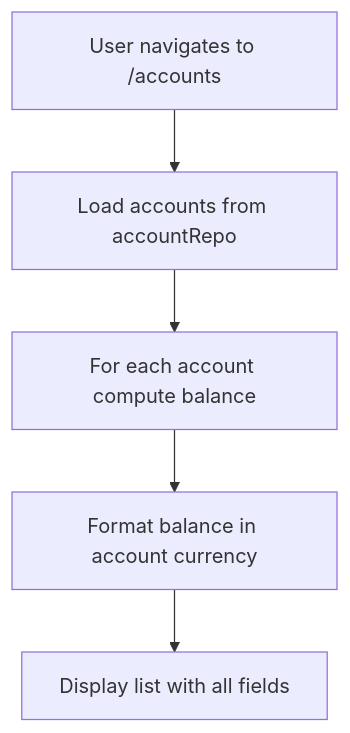
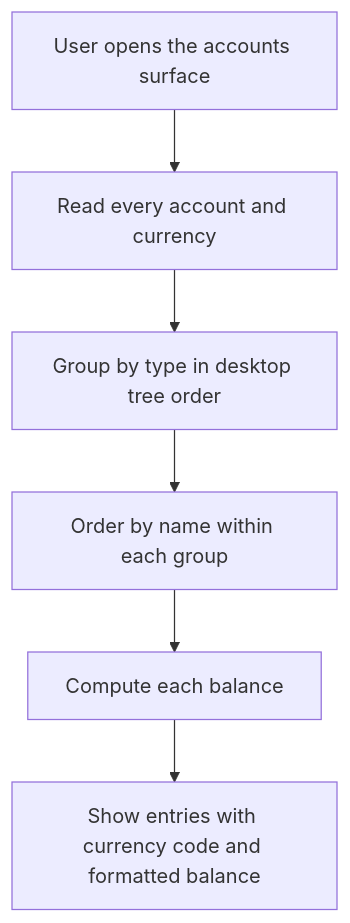
Before and after one commit to gjchentw/mmex-pwa: the first of 4 diagrams in openspec/changes/account-management-surfaces/specs/account-management/spec.md, drawn with Mermaid. The commit also changed other lines of this file and 18 other files, not shown here.

````diff
--- a/openspec/changes/account-management-surfaces/specs/account-management/spec.md
+++ b/openspec/changes/account-management-surfaces/specs/account-management/spec.md
@@ -41,7 +46,8 @@
 ```mermaid
 flowchart TD
-    A[User navigates to /accounts] --> B[Load accounts from accountRepo]
-    B --> C[For each account compute balance]
-    C --> D[Format balance in account currency]
-    D --> E[Display list with all fields]
+    A[User opens the accounts surface] --> B[Read every account and currency]
+    B --> C[Group by type in desktop tree order]
+    C --> D[Order by name within each group]
+    D --> E[Compute each balance]
+    E --> F[Show entries with currency code and formatted balance]
 ```
````
